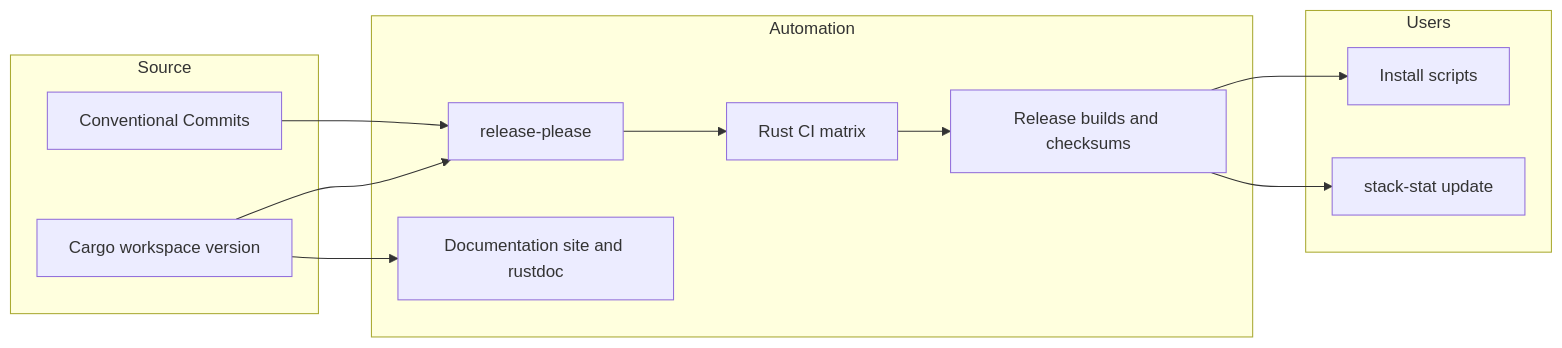
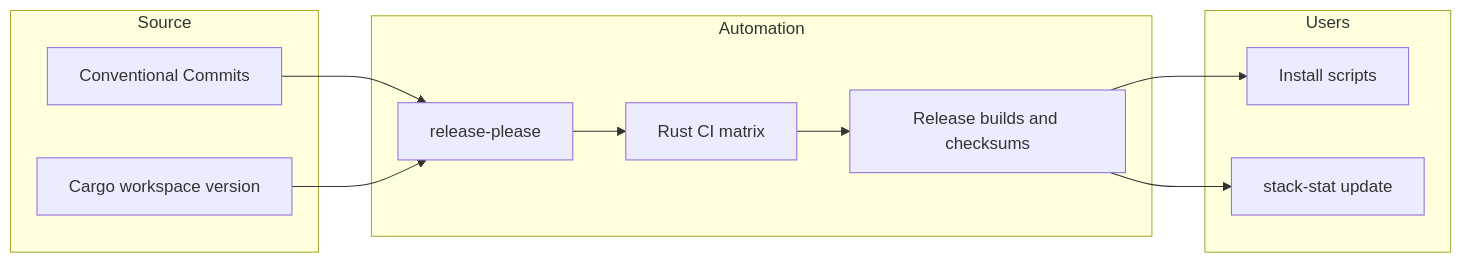
Before and after one commit to cam1se/stack-stat: the diagram in docs/architecture/03-distribution.md, drawn with Mermaid. The commit also changed 23 other files, not shown here.

````diff
--- a/docs/architecture/03-distribution.md
+++ b/docs/architecture/03-distribution.md
@@ -7,22 +7,20 @@
 ```mermaid
 flowchart LR
   subgraph Source
     Commits[Conventional Commits]
     Manifest[Cargo workspace version]
   end
   subgraph Automation
     RP[release-please]
     CI[Rust CI matrix]
     Release[Release builds and checksums]
-    Pages[Documentation site and rustdoc]
   end
   subgraph Users
     Installer[Install scripts]
     Update[stack-stat update]
   end
   Commits --> RP
   Manifest --> RP
   RP --> CI --> Release --> Installer
   Release --> Update
-  Manifest --> Pages
 ```
````
